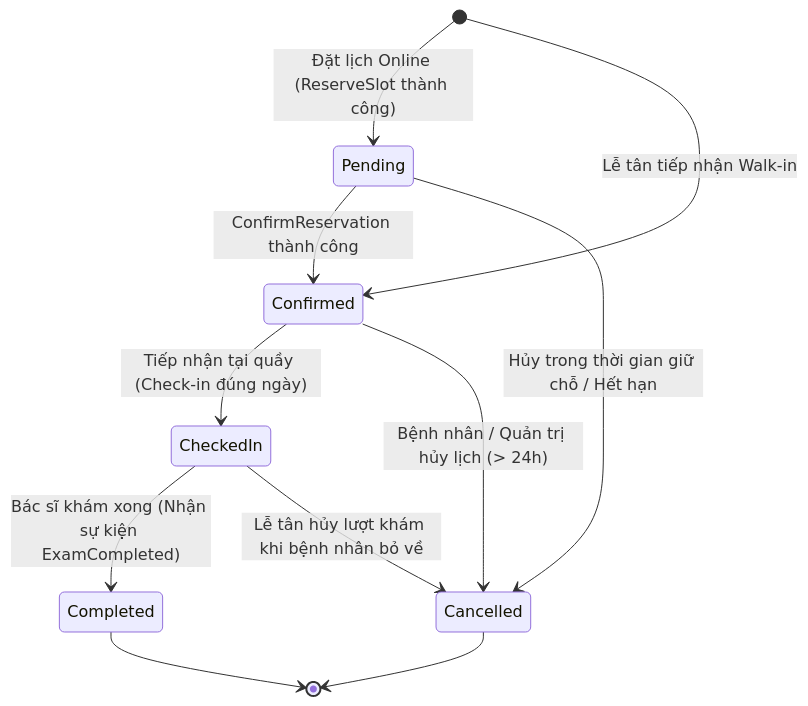
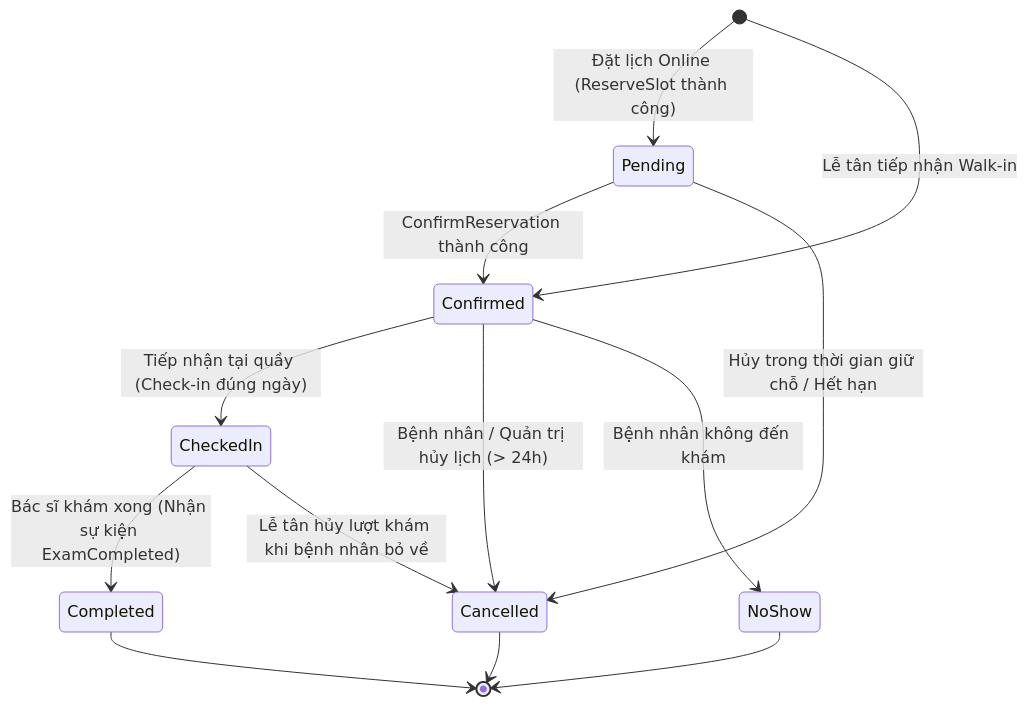
The third of 6 diagrams in tasks/PHASE_3_APPOINTMENT_SERVICE_EXECUTION_PLAN_MEMBER_A.md (Cuong190105/Clinic_Appointment_Booking_Queue_Management_System), drawn with Mermaid before and after one commit. The commit also changed other lines of this file and 1 other file, not shown here.

````diff
--- a/tasks/PHASE_3_APPOINTMENT_SERVICE_EXECUTION_PLAN_MEMBER_A.md
+++ b/tasks/PHASE_3_APPOINTMENT_SERVICE_EXECUTION_PLAN_MEMBER_A.md
@@ -184,13 +186,15 @@
 ```mermaid
 stateDiagram-v2
     [*] --> Pending : Đặt lịch Online (ReserveSlot thành công)
     [*] --> Confirmed : Lễ tân tiếp nhận Walk-in
     Pending --> Confirmed : ConfirmReservation thành công
     Pending --> Cancelled : Hủy trong thời gian giữ chỗ / Hết hạn
     Confirmed --> CheckedIn : Tiếp nhận tại quầy (Check-in đúng ngày)
     Confirmed --> Cancelled : Bệnh nhân / Quản trị hủy lịch (> 24h)
+    Confirmed --> NoShow : Bệnh nhân không đến khám
     CheckedIn --> Completed : Bác sĩ khám xong (Nhận sự kiện ExamCompleted)
     CheckedIn --> Cancelled : Lễ tân hủy lượt khám khi bệnh nhân bỏ về
     Completed --> [*]
     Cancelled --> [*]
+    NoShow --> [*]
 ```
````
